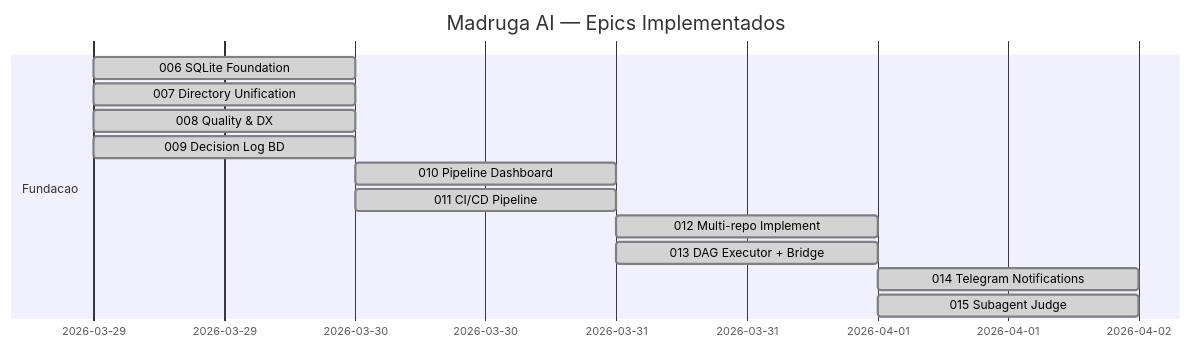
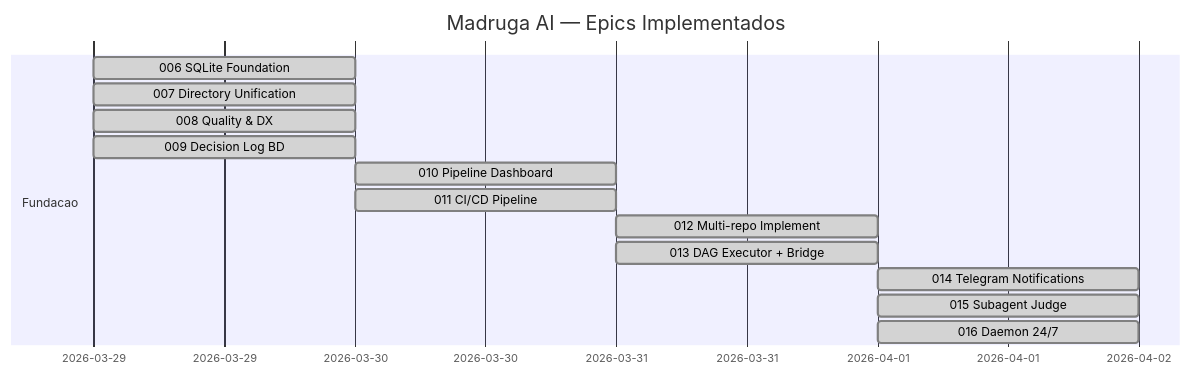
One commit to paceautomations/madruga.ai changed the first of 3 diagrams in platforms/madruga-ai/planning/roadmap.md. Above: the diagram before and after it, drawn with Mermaid. The commit also changed other lines of this file and 47 other files, not shown here.

````diff
--- a/platforms/madruga-ai/planning/roadmap.md
+++ b/platforms/madruga-ai/planning/roadmap.md
@@ -33,16 +33,17 @@
 ```mermaid
 gantt
     title Madruga AI — Epics Implementados
     dateFormat YYYY-MM-DD
     section Fundacao
     006 SQLite Foundation       :done, e006, 2026-03-29, 1d
     007 Directory Unification   :done, e007, 2026-03-29, 1d
     008 Quality & DX            :done, e008, 2026-03-29, 1d
     009 Decision Log BD         :done, e009, 2026-03-29, 1d
     010 Pipeline Dashboard      :done, e010, 2026-03-30, 1d
     011 CI/CD Pipeline          :done, e011, 2026-03-30, 1d
     012 Multi-repo Implement   :done, e012, 2026-03-31, 1d
     013 DAG Executor + Bridge    :done, e013, 2026-03-31, 1d
     014 Telegram Notifications   :done, e014, 2026-04-01, 1d
     015 Subagent Judge           :done, e015, 2026-04-01, 1d
+    016 Daemon 24/7              :done, e016, 2026-04-01, 1d
 ```
````
